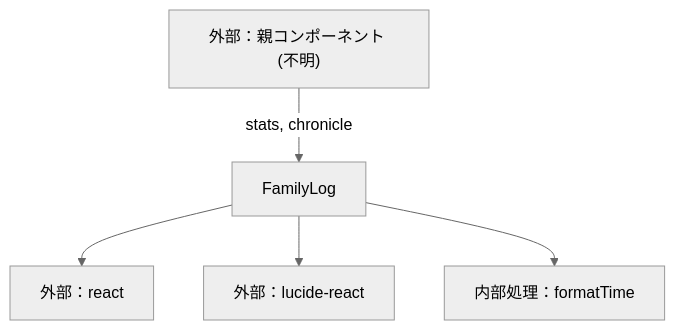
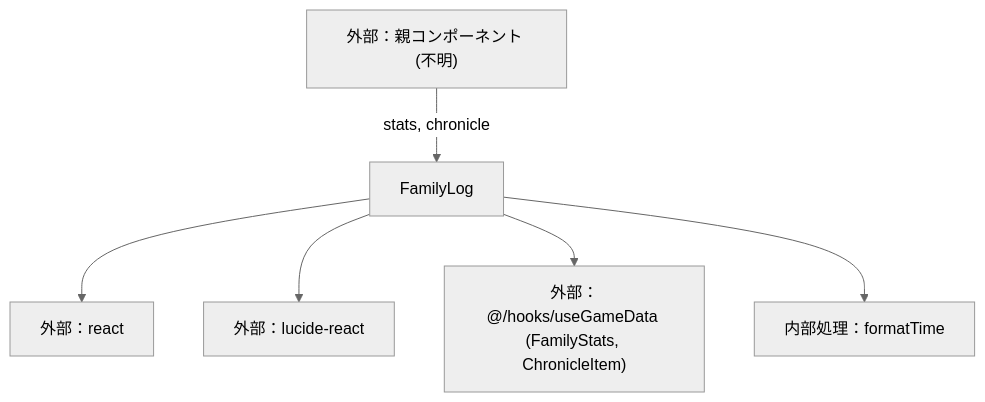
The second of 2 diagrams in docs/specifications/family-quest/src/features/family/components/FamilyLog.md (mmtigers/my_python_project), drawn with Mermaid (neutral theme) before and after one commit. The commit also changed other lines of this file and 47 other files, not shown here.

````diff
--- a/docs/specifications/family-quest/src/features/family/components/FamilyLog.md
+++ b/docs/specifications/family-quest/src/features/family/components/FamilyLog.md
@@ -97,8 +99,9 @@
 ```mermaid
 graph TD
     ParentComponent["外部：親コンポーネント (不明)"] -->|stats, chronicle| FamilyLog
     FamilyLog --> React["外部：react"]
     FamilyLog --> LucideReact["外部：lucide-react"]
+    FamilyLog --> GameDataTypes["外部：@/hooks/useGameData (FamilyStats, ChronicleItem)"]
     FamilyLog --> FormatTime["内部処理：formatTime"]
 
 ```
````
